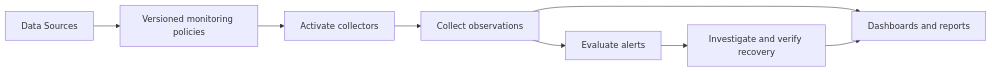
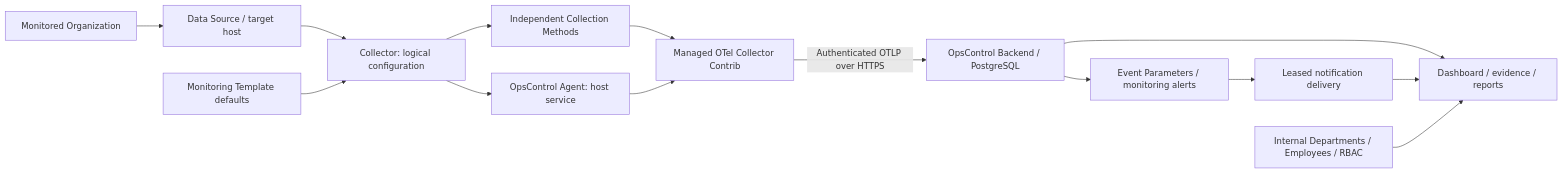
The diagram in README.md (Parikshit-Sahrawat/OpsControl_Dashboard), drawn with Mermaid before and after one commit. The commit also changed other lines of this file and 118 other files, not shown here.

Commit message:
Implement consolidated UAT managed telemetry, access and alert delivery

````diff
--- a/README.md
+++ b/README.md
@@ -19,10 +11,16 @@
 ```mermaid
 flowchart LR
-    A[Data Sources] --> B[Versioned monitoring policies]
-    B --> C[Activate collectors]
-    C --> D[Collect observations]
-    D --> E[Evaluate alerts]
-    E --> F[Investigate and verify recovery]
-    D --> G[Dashboards and reports]
-    F --> G
+    O[Monitored Organization] --> D[Data Source / target host]
+    D --> C[Collector: logical configuration]
+    T[Monitoring Template defaults] --> C
+    C --> M[Independent Collection Methods]
+    C --> A[OpsControl Agent: host service]
+    M --> R[Managed OTel Collector Contrib]
+    A --> R
+    R -->|Authenticated OTLP over HTTPS| B[OpsControl Backend / PostgreSQL]
+    B --> E[Event Parameters / monitoring alerts]
+    E --> Q[Leased notification delivery]
+    B --> UI[Dashboard / evidence / reports]
+    Q --> UI
+    P[Internal Departments / Employees / RBAC] --> UI
 ```
````
